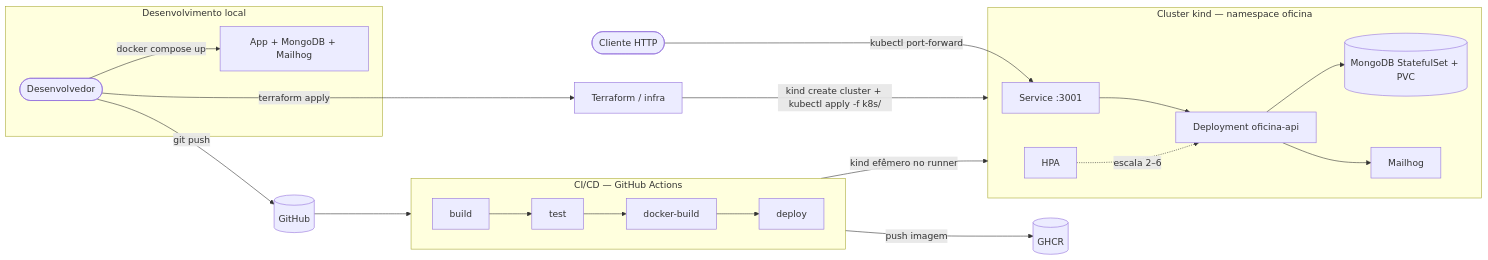
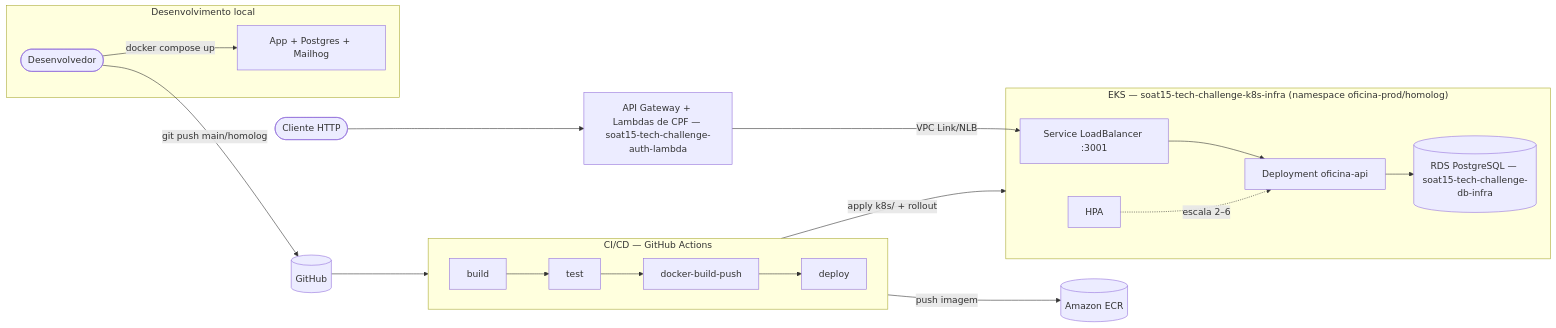
One commit to PedrosPinho/soat15-tech-challenge-01 changed the diagram in README.md. Above: the diagram before and after it, drawn with Mermaid. The commit also changed other lines of this file and 2 other files, not shown here.

First line of the commit message:
feat: pipeline de deploy real no EKS + refresh-aws-secrets.sh

````diff
--- a/README.md
+++ b/README.md
@@ -76,28 +78,25 @@
 ```mermaid
 flowchart LR
     subgraph Local["Desenvolvimento local"]
-        Dev([Desenvolvedor]) -->|docker compose up| Compose[App + MongoDB + Mailhog]
+        Dev([Desenvolvedor]) -->|docker compose up| Compose[App + Postgres + Mailhog]
     end
 
     subgraph Pipeline["CI/CD — GitHub Actions"]
         direction LR
-        Build[build] --> Test[test] --> DockerBuild[docker-build] --> CIDeploy[deploy]
+        Build[build] --> Test[test] --> DockerBuild[docker-build-push] --> CIDeploy[deploy]
     end
 
-    Dev -->|git push| GH[(GitHub)]
+    Dev -->|git push main/homolog| GH[(GitHub)]
     GH --> Pipeline
-    DockerBuild -->|push imagem| GHCR[(GHCR)]
-    CIDeploy -->|kind efêmero no runner| K8s
+    DockerBuild -->|push imagem| ECR[(Amazon ECR)]
+    CIDeploy -->|apply k8s/ + rollout| K8s
 
-    Dev -->|terraform apply| TF[Terraform / infra]
-    TF -->|kind create cluster + kubectl apply -f k8s/| K8s
-
-    subgraph K8s["Cluster kind — namespace oficina"]
-        Svc[Service :3001] --> API[Deployment oficina-api]
+    subgraph K8s["EKS — soat15-tech-challenge-k8s-infra (namespace oficina-prod/homolog)"]
+        Svc[Service LoadBalancer :3001] --> API[Deployment oficina-api]
         HPA -.escala 2–6.-> API
-        API --> Mongo[(MongoDB StatefulSet + PVC)]
-        API --> Mail[Mailhog]
+        API --> RDS[(RDS PostgreSQL — soat15-tech-challenge-db-infra)]
     end
 
-    Cliente([Cliente HTTP]) -->|kubectl port-forward| Svc
+    APIGW[API Gateway + Lambdas de CPF — soat15-tech-challenge-auth-lambda] -->|VPC Link/NLB| Svc
+    Cliente([Cliente HTTP]) --> APIGW
 ```
````
